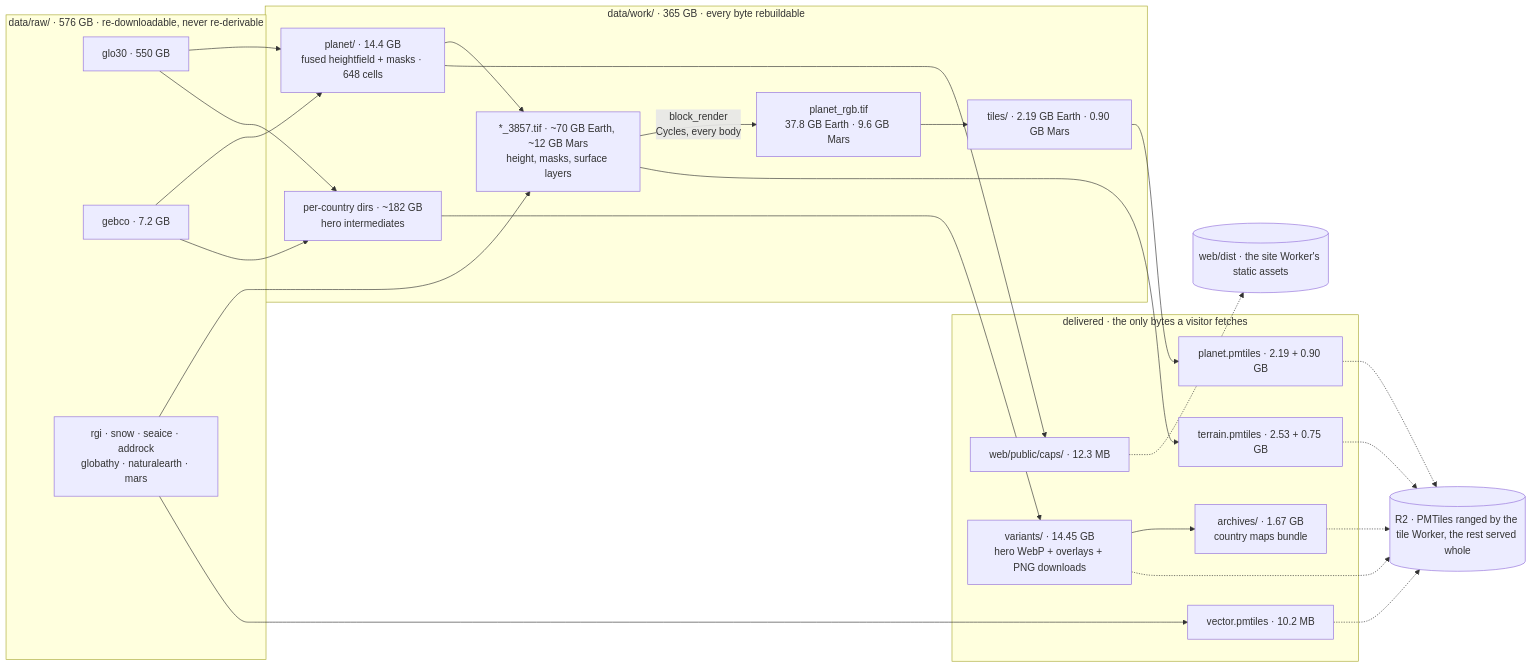
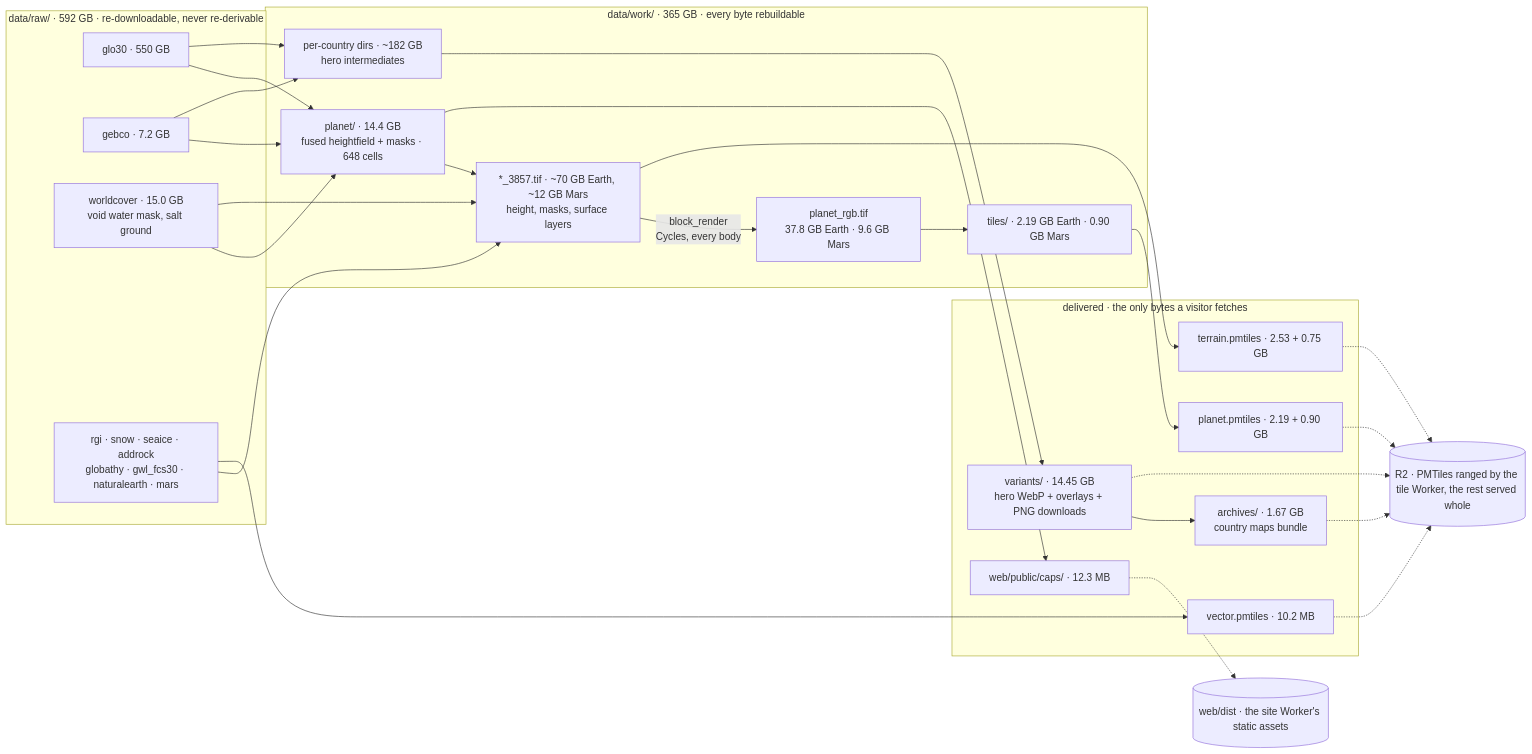
Before and after one commit to Alchez/terrella: the diagram in docs/INVENTORY.md, drawn with Mermaid. The commit also changed other lines of this file and 17 other files, not shown here.

Commit message:
feat(look): GWL_FCS30's saline cells stay salt only where ESA WorldCover calls the ground bare, snow or water, and the NDVI veto on snow-joined salt is parked

````diff
--- a/docs/INVENTORY.md
+++ b/docs/INVENTORY.md
@@ -32,46 +32,49 @@
 ```mermaid
 flowchart LR
-  subgraph SRC["data/raw/ · 576 GB · re-downloadable, never re-derivable"]
+  subgraph SRC["data/raw/ · 592 GB · re-downloadable, never re-derivable"]
     GLO["glo30 · 550 GB"]
     GEB["gebco · 7.2 GB"]
-    LAY["rgi · snow · seaice · addrock<br/>globathy · naturalearth · mars"]
+    WCV["worldcover · 15.0 GB<br/>void water mask, salt ground"]
+    LAY["rgi · snow · seaice · addrock<br/>globathy · gwl_fcs30 · naturalearth · mars"]
   end
 
   subgraph MID["data/work/ · 365 GB · every byte rebuildable"]
     FUSE["planet/ · 14.4 GB<br/>fused heightfield + masks · 648 cells"]
     W["*_3857.tif · ~70 GB Earth, ~12 GB Mars<br/>height, masks, surface layers"]
     RGB["planet_rgb.tif<br/>37.8 GB Earth · 9.6 GB Mars"]
     PYR["tiles/ · 2.19 GB Earth · 0.90 GB Mars"]
     CTRY["per-country dirs · ~182 GB<br/>hero intermediates"]
   end
 
   subgraph OUT["delivered · the only bytes a visitor fetches"]
     PM["planet.pmtiles · 2.19 + 0.90 GB"]
     TER["terrain.pmtiles · 2.53 + 0.75 GB"]
     VEC["vector.pmtiles · 10.2 MB"]
     CAP["web/public/caps/ · 12.3 MB"]
     HERO["variants/ · 14.45 GB<br/>hero WebP + overlays + PNG downloads"]
     BUN["archives/ · 1.67 GB<br/>country maps bundle"]
   end
 
   GLO --> FUSE
   GEB --> FUSE
+  WCV --> FUSE
   FUSE --> W
   LAY --> W
+  WCV --> W
   W -->|"block_render<br/>Cycles, every body"| RGB
   RGB --> PYR
   PYR --> PM
   W --> TER
   FUSE --> CAP
   LAY --> VEC
   GLO --> CTRY
   GEB --> CTRY
   CTRY --> HERO
   HERO --> BUN
   PM -.-> R2[("R2 · PMTiles ranged by the tile Worker, the rest served whole")]
   TER -.-> R2
   VEC -.-> R2
   HERO -.-> R2
   BUN -.-> R2
   CAP -.-> SITE[("web/dist · the site Worker's static assets")]
 ```
````
